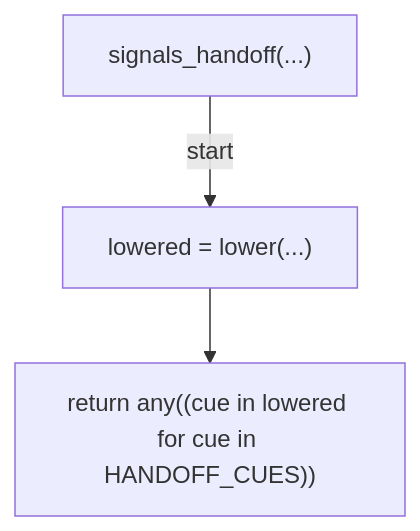
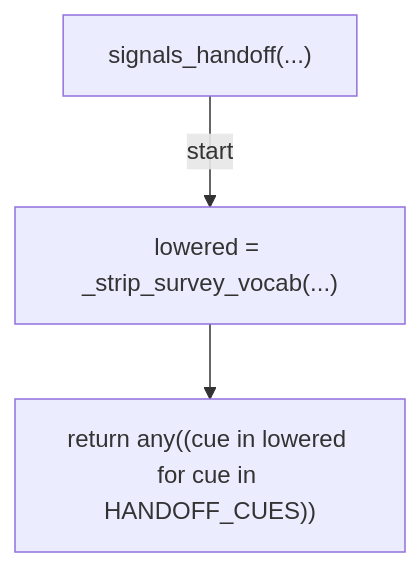
One commit to tvna/claude-md changed the sixth of 11 diagrams in docs/generated/scripts/ast/stop_new_session_handoff_prompt.md. Above: the diagram before and after it, drawn with Mermaid. The commit also changed other lines of this file, not shown here.

First line of the commit message:
docs(generated): regenerate decision tree and workflow diagrams

````diff
--- a/docs/generated/scripts/ast/stop_new_session_handoff_prompt.md
+++ b/docs/generated/scripts/ast/stop_new_session_handoff_prompt.md
@@ -84,8 +95,8 @@
 ```mermaid
 flowchart TD
     N001["signals_handoff(...)"]
-    N002["lowered = lower(...)"]
+    N002["lowered = _strip_survey_vocab(...)"]
     N003["return any((cue in lowered for cue in HANDOFF_CUES))"]
     N001 -->|"start"| N002
     N002 --> N003
 ```
````
